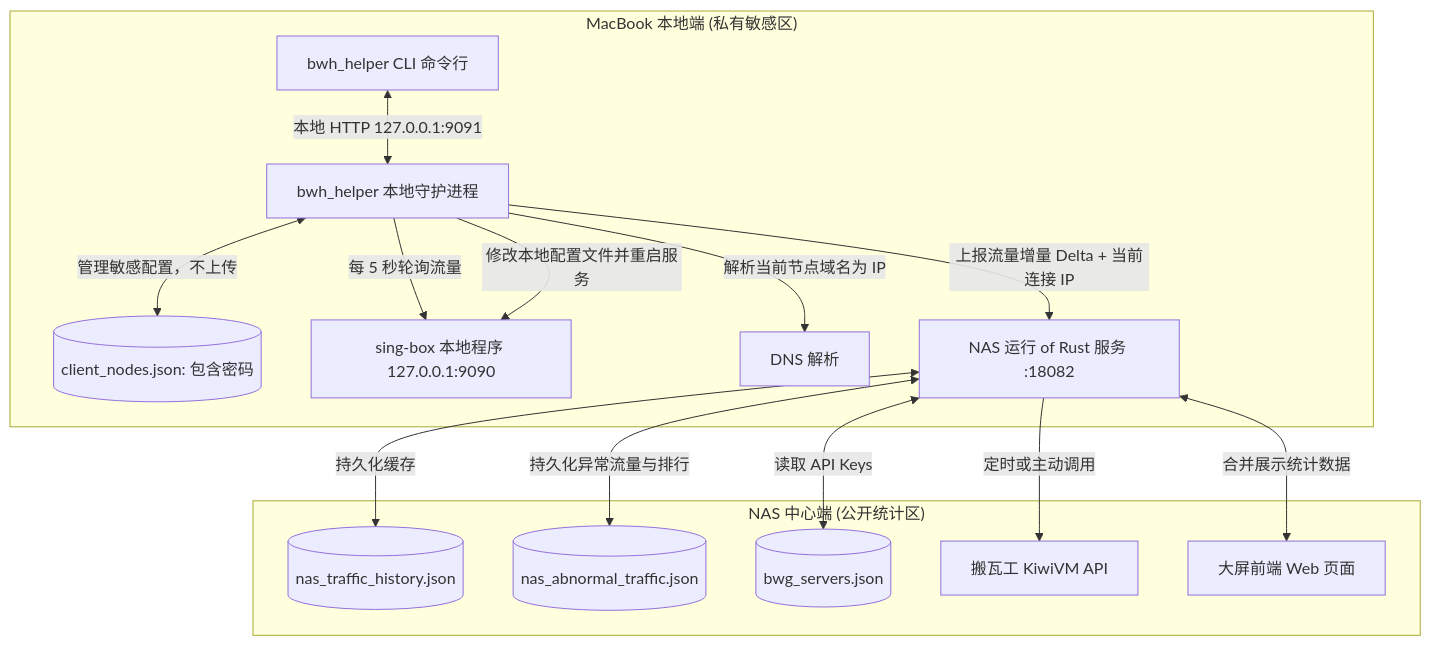
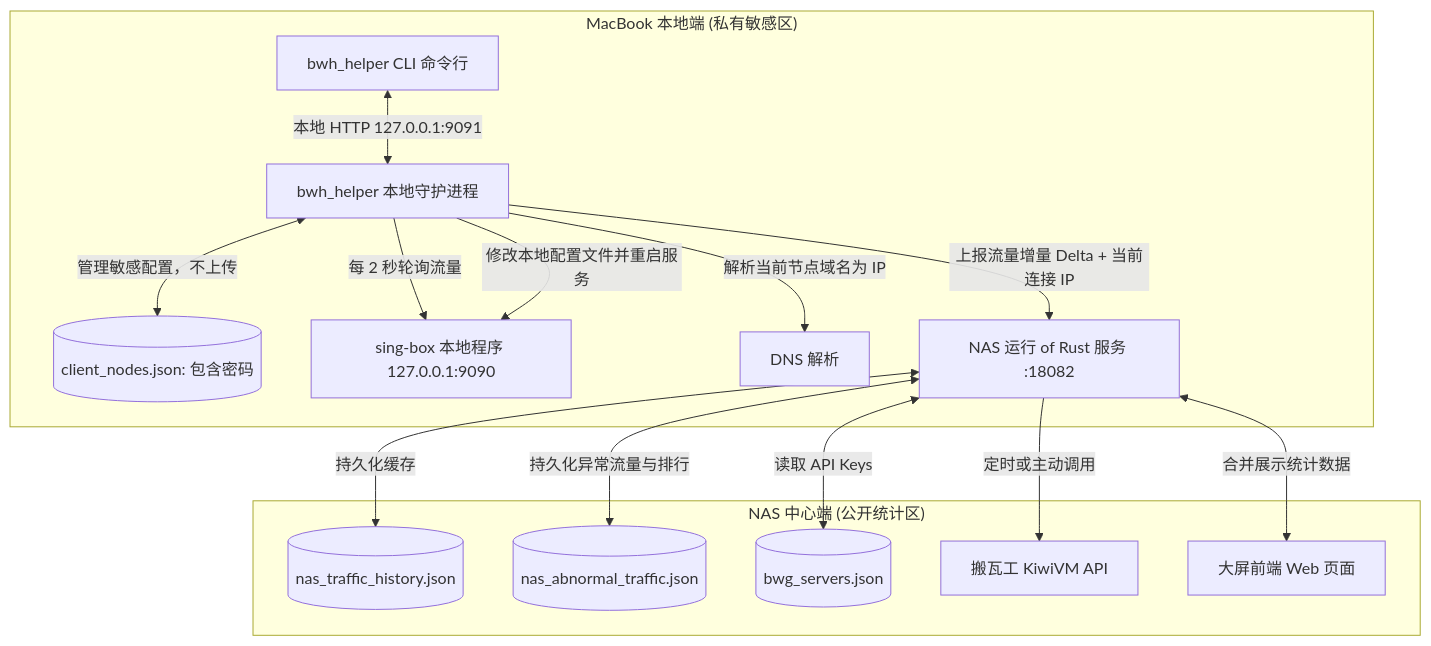
Before and after one commit to KingBright/bwg_usage: the diagram in README.md, drawn with Mermaid. The commit also changed other lines of this file and 7 other files, not shown here.

Commit message:
Improve traffic auditing and local sing-box management

````diff
--- a/README.md
+++ b/README.md
@@ -11,19 +11,19 @@
 ```mermaid
 graph TD
     subgraph MacBook ["MacBook 本地端 (私有敏感区)"]
         CLI[bwh_helper CLI 命令行] <-->|本地 HTTP 127.0.0.1:9091| ClientDaemon[bwh_helper 本地守护进程]
         ClientDaemon <-->|管理敏感配置，不上传| LocalJson[(client_nodes.json: 包含密码)]
-        ClientDaemon -- 每 5 秒轮询流量 --> LocalSB[sing-box 本地程序 127.0.0.1:9090]
+        ClientDaemon -- 每 2 秒轮询流量 --> LocalSB[sing-box 本地程序 127.0.0.1:9090]
         ClientDaemon -->|修改本地配置文件并重启服务| LocalSB
         ClientDaemon -->|解析当前节点域名为 IP| DNS[DNS 解析]
         ClientDaemon -->|上报流量增量 Delta + 当前连接 IP| NASServer
     end
 
     subgraph NAS ["NAS 中心端 (公开统计区)"]
         NASServer[NAS 运行 of Rust 服务 :18082] <-->|持久化缓存| NASStorage[(nas_traffic_history.json)]
         NASServer <-->|持久化异常流量与排行| AbnormalStorage[(nas_abnormal_traffic.json)]
         NASServer <-->|读取 API Keys| BwgConfig[(bwg_servers.json)]
         NASServer -->|定时或主动调用| BwgAPI[搬瓦工 KiwiVM API]
         NASServer <-->|合并展示统计数据| WebBrowser[大屏前端 Web 页面]
     end
 ```
````
